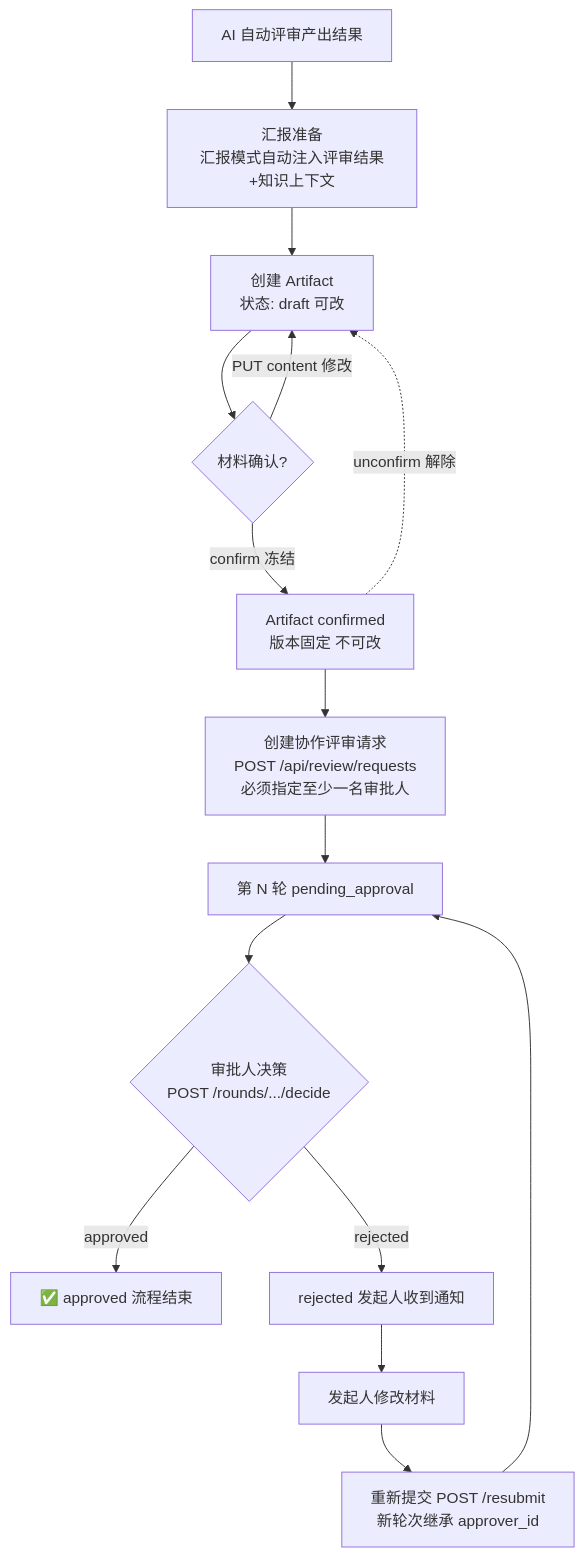
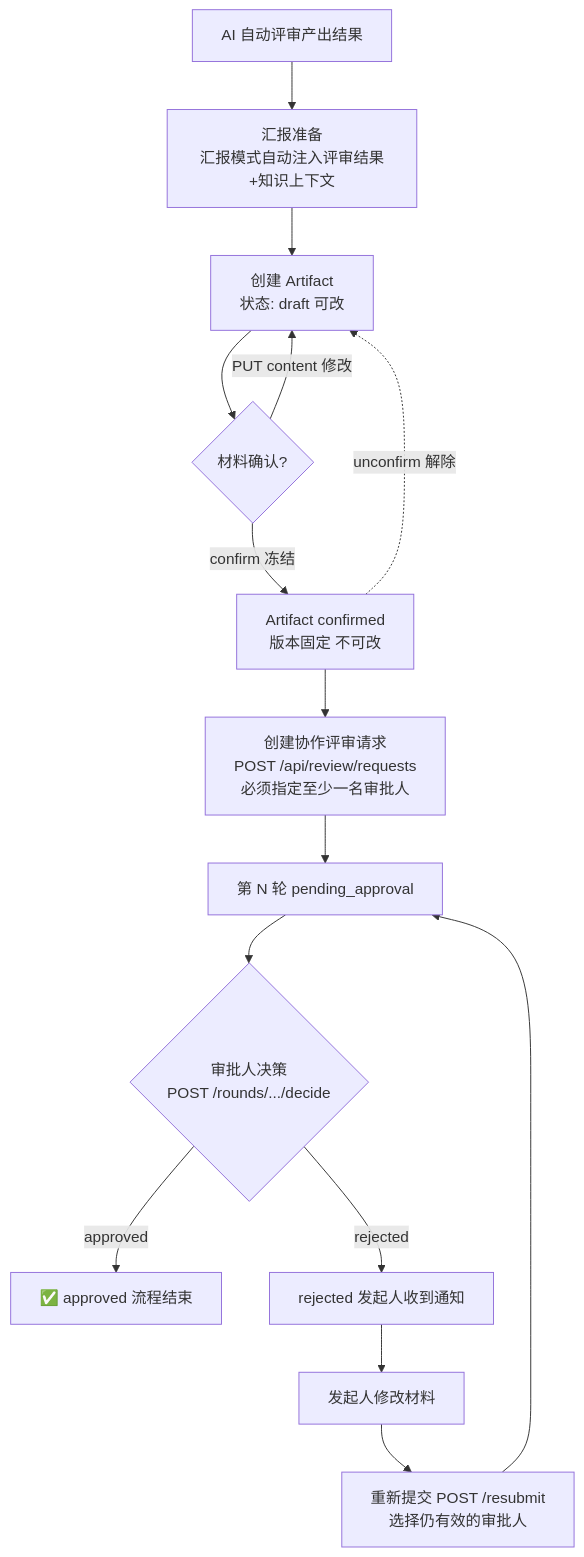
The first of 4 diagrams in docs/collaboration-review.md (wangminle/prd-draft-review-workflow-v1), drawn with Mermaid before and after one commit. The commit also changed other lines of this file and 88 other files, not shown here.

````diff
--- a/docs/collaboration-review.md
+++ b/docs/collaboration-review.md
@@ -37,17 +37,17 @@
 ```mermaid
 flowchart TD
     A[AI 自动评审产出结果] --> B[汇报准备<br/>汇报模式自动注入评审结果+知识上下文]
     B --> C[创建 Artifact<br/>状态: draft 可改]
     C --> D{材料确认?}
     D -- PUT content 修改 --> C
     D -- confirm 冻结 --> E[Artifact confirmed<br/>版本固定 不可改]
     E --> F[创建协作评审请求<br/>POST /api/review/requests<br/>必须指定至少一名审批人]
     F --> G[第 N 轮 pending_approval]
     G --> H{审批人决策<br/>POST /rounds/.../decide}
     H -- approved --> I[✅ approved 流程结束]
     H -- rejected --> J[rejected 发起人收到通知]
     J --> K[发起人修改材料]
-    K --> L[重新提交 POST /resubmit<br/>新轮次继承 approver_id]
+    K --> L[重新提交 POST /resubmit<br/>选择仍有效的审批人]
     L --> G
     E -. unconfirm 解除 .-> C
 ```
````
